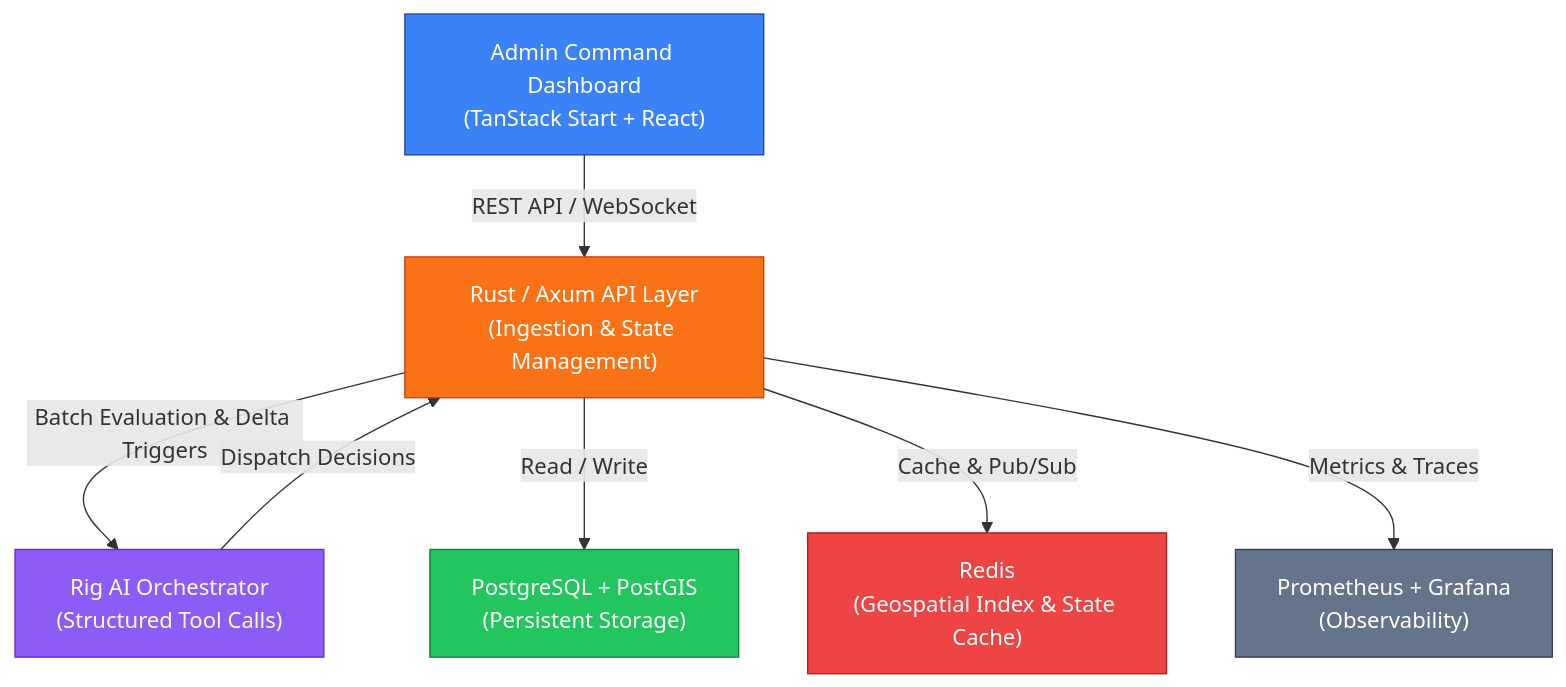
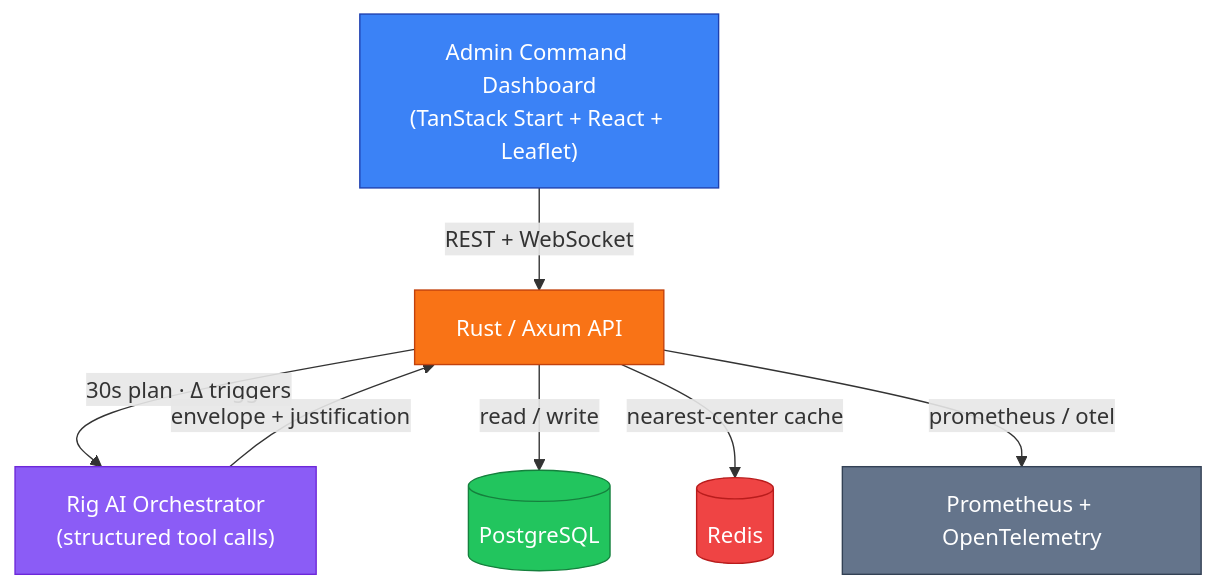
One commit to AhmedTrooper/Civic-Sync changed the first of 2 diagrams in README.md. Above: the diagram before and after it, drawn with Mermaid. The commit also changed other lines of this file and 23 other files, not shown here.

````diff
--- a/README.md
+++ b/README.md
@@ -15,16 +28,16 @@
 ```mermaid
 graph TD
-    A["Admin Command Dashboard<br/>(TanStack Start + React)"] -->|REST API / WebSocket| B["Rust / Axum API Layer<br/>(Ingestion & State Management)"]
-    B -->|Batch Evaluation & Delta Triggers| C["Rig AI Orchestrator<br/>(Structured Tool Calls)"]
-    C -->|Dispatch Decisions| B
-    B -->|Read / Write| D["PostgreSQL + PostGIS<br/>(Persistent Storage)"]
-    B -->|Cache & Pub/Sub| E["Redis<br/>(Geospatial Index & State Cache)"]
-    B -->|Metrics & Traces| F["Prometheus + Grafana<br/>(Observability)"]
+    A["Admin Command Dashboard<br/>(TanStack Start + React + Leaflet)"] -->|REST + WebSocket| B["Rust / Axum API"]
+    B -->|30s plan · Δ triggers| C["Rig AI Orchestrator<br/>(structured tool calls)"]
+    C -->|envelope + justification| B
+    B -->|read / write| D[(PostgreSQL)]
+    B -->|nearest-center cache| E[(Redis)]
+    B -->|prometheus / otel| F["Prometheus + OpenTelemetry"]
 
     style A fill:#3b82f6,stroke:#1e40af,color:#fff
     style B fill:#f97316,stroke:#c2410c,color:#fff
     style C fill:#8b5cf6,stroke:#6d28d9,color:#fff
     style D fill:#22c55e,stroke:#15803d,color:#fff
     style E fill:#ef4444,stroke:#b91c1c,color:#fff
     style F fill:#64748b,stroke:#334155,color:#fff
 ```
````
